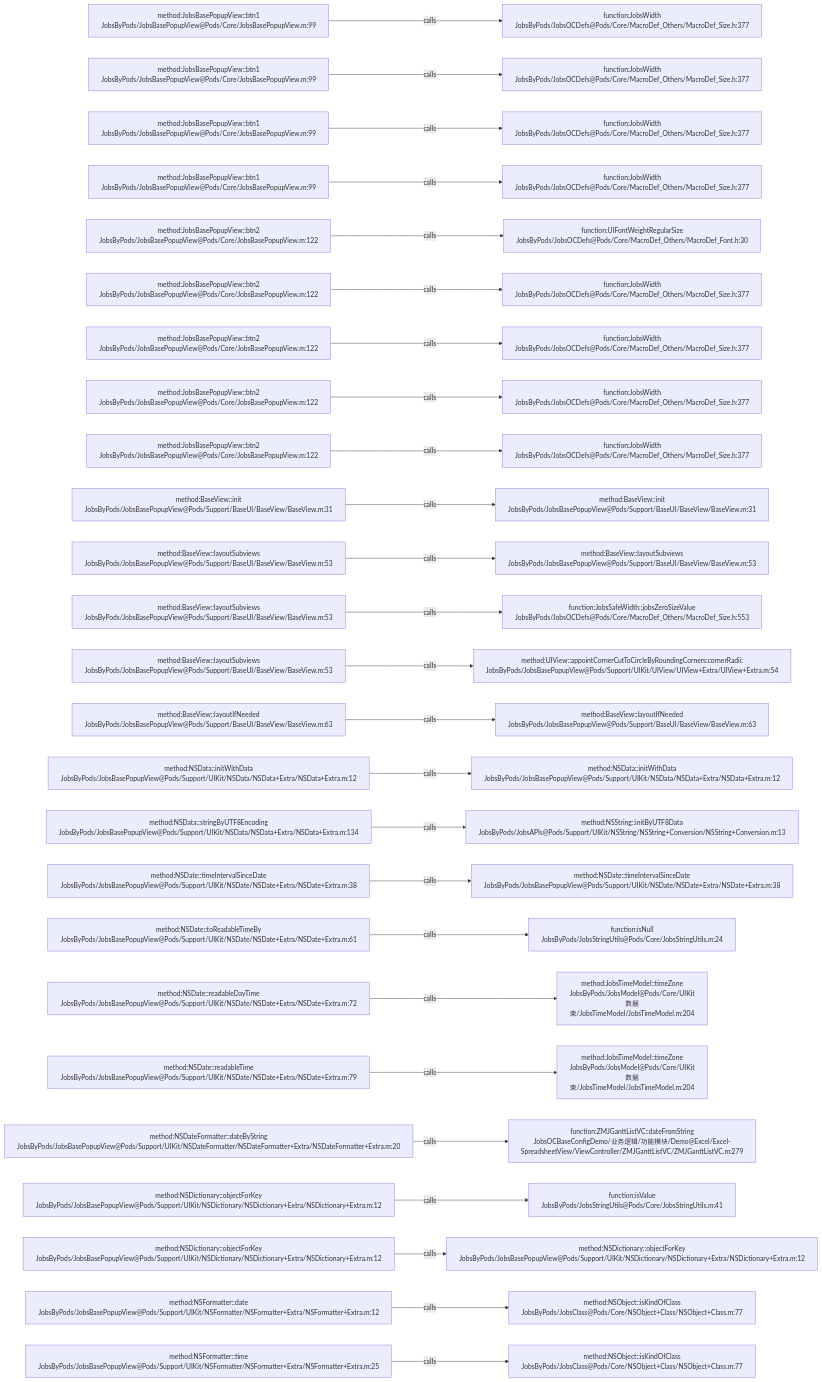
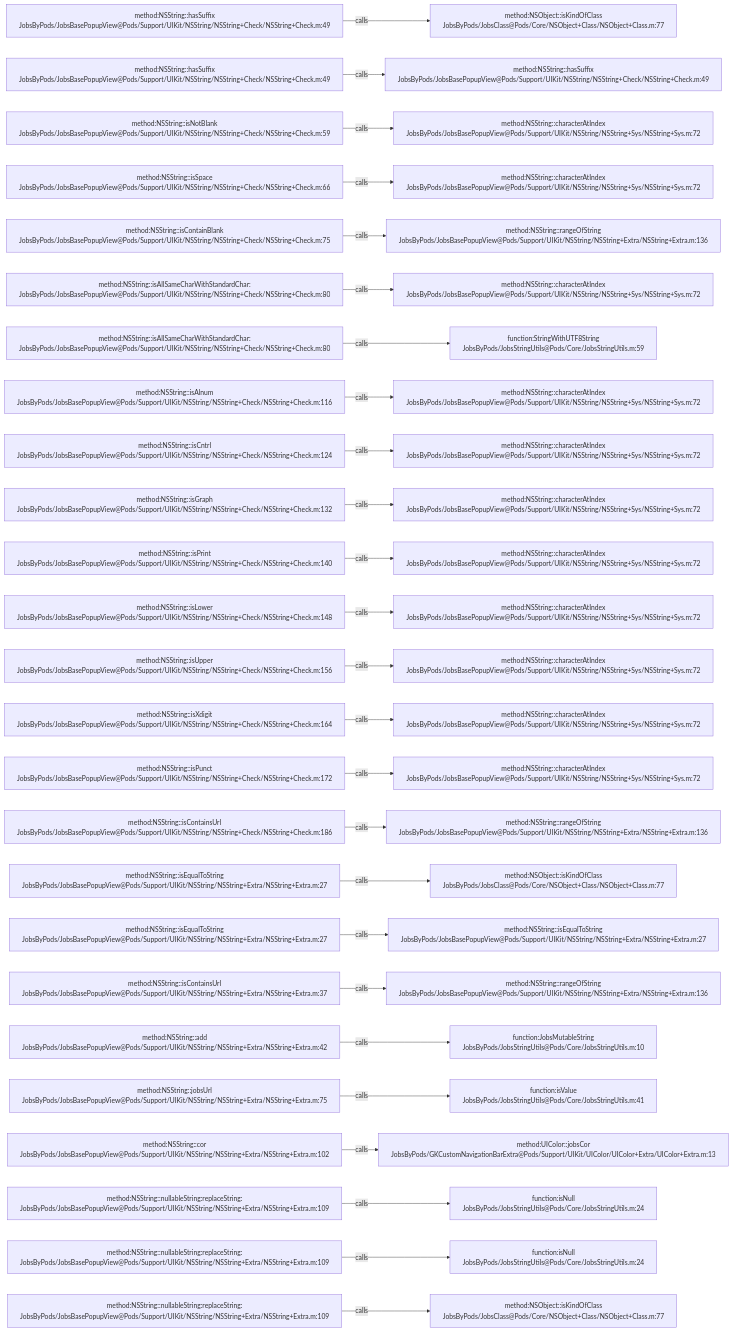
The diagram in .codegraph/codegraph.md/graphs/calls-020.md (JobsKits/JobsOCBaseConfigDemo), drawn with Mermaid before and after one commit. The commit also changed 1026 other files, not shown here.

````diff
--- a/.codegraph/codegraph.md/graphs/calls-020.md
+++ b/.codegraph/codegraph.md/graphs/calls-020.md
@@ -13,78 +13,78 @@
 ```mermaid
 flowchart LR
-  S1["method:JobsBasePopupView::btn1<br/>JobsByPods/JobsBasePopupView@Pods/Core/JobsBasePopupView.m:99"]
-  T1["function:JobsWidth<br/>JobsByPods/JobsOCDefs@Pods/Core/MacroDef_Others/MacroDef_Size.h:377"]
+  S1["method:NSString::hasSuffix<br/>JobsByPods/JobsBasePopupView@Pods/Support/UIKit/NSString/NSString+Check/NSString+Check.m:49"]
+  T1["method:NSObject::isKindOfClass<br/>JobsByPods/JobsClass@Pods/Core/NSObject+Class/NSObject+Class.m:77"]
   S1 -->|calls| T1
-  S2["method:JobsBasePopupView::btn1<br/>JobsByPods/JobsBasePopupView@Pods/Core/JobsBasePopupView.m:99"]
-  T2["function:JobsWidth<br/>JobsByPods/JobsOCDefs@Pods/Core/MacroDef_Others/MacroDef_Size.h:377"]
+  S2["method:NSString::hasSuffix<br/>JobsByPods/JobsBasePopupView@Pods/Support/UIKit/NSString/NSString+Check/NSString+Check.m:49"]
+  T2["method:NSString::hasSuffix<br/>JobsByPods/JobsBasePopupView@Pods/Support/UIKit/NSString/NSString+Check/NSString+Check.m:49"]
   S2 -->|calls| T2
-  S3["method:JobsBasePopupView::btn1<br/>JobsByPods/JobsBasePopupView@Pods/Core/JobsBasePopupView.m:99"]
-  T3["function:JobsWidth<br/>JobsByPods/JobsOCDefs@Pods/Core/MacroDef_Others/MacroDef_Size.h:377"]
+  S3["method:NSString::isNotBlank<br/>JobsByPods/JobsBasePopupView@Pods/Support/UIKit/NSString/NSString+Check/NSString+Check.m:59"]
+  T3["method:NSString::characterAtIndex<br/>JobsByPods/JobsBasePopupView@Pods/Support/UIKit/NSString/NSString+Sys/NSString+Sys.m:72"]
   S3 -->|calls| T3
-  S4["method:JobsBasePopupView::btn1<br/>JobsByPods/JobsBasePopupView@Pods/Core/JobsBasePopupView.m:99"]
-  T4["function:JobsWidth<br/>JobsByPods/JobsOCDefs@Pods/Core/MacroDef_Others/MacroDef_Size.h:377"]
+  S4["method:NSString::isSpace<br/>JobsByPods/JobsBasePopupView@Pods/Support/UIKit/NSString/NSString+Check/NSString+Check.m:66"]
+  T4["method:NSString::characterAtIndex<br/>JobsByPods/JobsBasePopupView@Pods/Support/UIKit/NSString/NSString+Sys/NSString+Sys.m:72"]
   S4 -->|calls| T4
-  S5["method:JobsBasePopupView::btn2<br/>JobsByPods/JobsBasePopupView@Pods/Core/JobsBasePopupView.m:122"]
-  T5["function:UIFontWeightRegularSize<br/>JobsByPods/JobsOCDefs@Pods/Core/MacroDef_Others/MacroDef_Font.h:30"]
+  S5["method:NSString::isContainBlank<br/>JobsByPods/JobsBasePopupView@Pods/Support/UIKit/NSString/NSString+Check/NSString+Check.m:75"]
+  T5["method:NSString::rangeOfString<br/>JobsByPods/JobsBasePopupView@Pods/Support/UIKit/NSString/NSString+Extra/NSString+Extra.m:136"]
   S5 -->|calls| T5
-  S6["method:JobsBasePopupView::btn2<br/>JobsByPods/JobsBasePopupView@Pods/Core/JobsBasePopupView.m:122"]
-  T6["function:JobsWidth<br/>JobsByPods/JobsOCDefs@Pods/Core/MacroDef_Others/MacroDef_Size.h:377"]
+  S6["method:NSString::isAllSameCharWithStandardChar:<br/>JobsByPods/JobsBasePopupView@Pods/Support/UIKit/NSString/NSString+Check/NSString+Check.m:80"]
+  T6["method:NSString::characterAtIndex<br/>JobsByPods/JobsBasePopupView@Pods/Support/UIKit/NSString/NSString+Sys/NSString+Sys.m:72"]
   S6 -->|calls| T6
-  S7["method:JobsBasePopupView::btn2<br/>JobsByPods/JobsBasePopupView@Pods/Core/JobsBasePopupView.m:122"]
-  T7["function:JobsWidth<br/>JobsByPods/JobsOCDefs@Pods/Core/MacroDef_Others/MacroDef_Size.h:377"]
+  S7["method:NSString::isAllSameCharWithStandardChar:<br/>JobsByPods/JobsBasePopupView@Pods/Support/UIKit/NSString/NSString+Check/NSString+Check.m:80"]
+  T7["function:StringWithUTF8String<br/>JobsByPods/JobsStringUtils@Pods/Core/JobsStringUtils.m:59"]
   S7 -->|calls| T7
-  S8["method:JobsBasePopupView::btn2<br/>JobsByPods/JobsBasePopupView@Pods/Core/JobsBasePopupView.m:122"]
-  T8["function:JobsWidth<br/>JobsByPods/JobsOCDefs@Pods/Core/MacroDef_Others/MacroDef_Size.h:377"]
+  S8["method:NSString::isAlnum<br/>JobsByPods/JobsBasePopupView@Pods/Support/UIKit/NSString/NSString+Check/NSString+Check.m:116"]
+  T8["method:NSString::characterAtIndex<br/>JobsByPods/JobsBasePopupView@Pods/Support/UIKit/NSString/NSString+Sys/NSString+Sys.m:72"]
   S8 -->|calls| T8
-  S9["method:JobsBasePopupView::btn2<br/>JobsByPods/JobsBasePopupView@Pods/Core/JobsBasePopupView.m:122"]
-  T9["function:JobsWidth<br/>JobsByPods/JobsOCDefs@Pods/Core/MacroDef_Others/MacroDef_Size.h:377"]
+  S9["method:NSString::isCntrl<br/>JobsByPods/JobsBasePopupView@Pods/Support/UIKit/NSString/NSString+Check/NSString+Check.m:124"]
+  T9["method:NSString::characterAtIndex<br/>JobsByPods/JobsBasePopupView@Pods/Support/UIKit/NSString/NSString+Sys/NSString+Sys.m:72"]
   S9 -->|calls| T9
-  S10["method:BaseView::init<br/>JobsByPods/JobsBasePopupView@Pods/Support/BaseUI/BaseView/BaseView.m:31"]
-  T10["method:BaseView::init<br/>JobsByPods/JobsBasePopupView@Pods/Support/BaseUI/BaseView/BaseView.m:31"]
+  S10["method:NSString::isGraph<br/>JobsByPods/JobsBasePopupView@Pods/Support/UIKit/NSString/NSString+Check/NSString+Check.m:132"]
+  T10["method:NSString::characterAtIndex<br/>JobsByPods/JobsBasePopupView@Pods/Support/UIKit/NSString/NSString+Sys/NSString+Sys.m:72"]
   S10 -->|calls| T10
-  S11["method:BaseView::layoutSubviews<br/>JobsByPods/JobsBasePopupView@Pods/Support/BaseUI/BaseView/BaseView.m:53"]
-  T11["method:BaseView::layoutSubviews<br/>JobsByPods/JobsBasePopupView@Pods/Support/BaseUI/BaseView/BaseView.m:53"]
+  S11["method:NSString::isPrint<br/>JobsByPods/JobsBasePopupView@Pods/Support/UIKit/NSString/NSString+Check/NSString+Check.m:140"]
+  T11["method:NSString::characterAtIndex<br/>JobsByPods/JobsBasePopupView@Pods/Support/UIKit/NSString/NSString+Sys/NSString+Sys.m:72"]
   S11 -->|calls| T11
-  S12["method:BaseView::layoutSubviews<br/>JobsByPods/JobsBasePopupView@Pods/Support/BaseUI/BaseView/BaseView.m:53"]
-  T12["function:JobsSafeWidth::jobsZeroSizeValue<br/>JobsByPods/JobsOCDefs@Pods/Core/MacroDef_Others/MacroDef_Size.h:553"]
+  S12["method:NSString::isLower<br/>JobsByPods/JobsBasePopupView@Pods/Support/UIKit/NSString/NSString+Check/NSString+Check.m:148"]
+  T12["method:NSString::characterAtIndex<br/>JobsByPods/JobsBasePopupView@Pods/Support/UIKit/NSString/NSString+Sys/NSString+Sys.m:72"]
   S12 -->|calls| T12
-  S13["method:BaseView::layoutSubviews<br/>JobsByPods/JobsBasePopupView@Pods/Support/BaseUI/BaseView/BaseView.m:53"]
-  T13["method:UIView::appointCornerCutToCircleByRoundingCorners:cornerRadii:<br/>JobsByPods/JobsBasePopupView@Pods/Support/UIKit/UIView/UIView+Extra/UIView+Extra.m:54"]
+  S13["method:NSString::isUpper<br/>JobsByPods/JobsBasePopupView@Pods/Support/UIKit/NSString/NSString+Check/NSString+Check.m:156"]
+  T13["method:NSString::characterAtIndex<br/>JobsByPods/JobsBasePopupView@Pods/Support/UIKit/NSString/NSString+Sys/NSString+Sys.m:72"]
   S13 -->|calls| T13
-  S14["method:BaseView::layoutIfNeeded<br/>JobsByPods/JobsBasePopupView@Pods/Support/BaseUI/BaseView/BaseView.m:63"]
-  T14["method:BaseView::layoutIfNeeded<br/>JobsByPods/JobsBasePopupView@Pods/Support/BaseUI/BaseView/BaseView.m:63"]
+  S14["method:NSString::isXdigit<br/>JobsByPods/JobsBasePopupView@Pods/Support/UIKit/NSString/NSString+Check/NSString+Check.m:164"]
+  T14["method:NSString::characterAtIndex<br/>JobsByPods/JobsBasePopupView@Pods/Support/UIKit/NSString/NSString+Sys/NSString+Sys.m:72"]
   S14 -->|calls| T14
-  S15["method:NSData::initWithData<br/>JobsByPods/JobsBasePopupView@Pods/Support/UIKit/NSData/NSData+Extra/NSData+Extra.m:12"]
-  T15["method:NSData::initWithData<br/>JobsByPods/JobsBasePopupView@Pods/Support/UIKit/NSData/NSData+Extra/NSData+Extra.m:12"]
+  S15["method:NSString::isPunct<br/>JobsByPods/JobsBasePopupView@Pods/Support/UIKit/NSString/NSString+Check/NSString+Check.m:172"]
+  T15["method:NSString::characterAtIndex<br/>JobsByPods/JobsBasePopupView@Pods/Support/UIKit/NSString/NSString+Sys/NSString+Sys.m:72"]
   S15 -->|calls| T15
-  S16["method:NSData::stringByUTF8Encoding<br/>JobsByPods/JobsBasePopupView@Pods/Support/UIKit/NSData/NSData+Extra/NSData+Extra.m:134"]
-  T16["method:NSString::initByUTF8Data<br/>JobsByPods/JobsAPIs@Pods/Support/UIKit/NSString/NSString+Conversion/NSString+Conversion.m:13"]
+  S16["method:NSString::isContainsUrl<br/>JobsByPods/JobsBasePopupView@Pods/Support/UIKit/NSString/NSString+Check/NSString+Check.m:186"]
+  T16["method:NSString::rangeOfString<br/>JobsByPods/JobsBasePopupView@Pods/Support/UIKit/NSString/NSString+Extra/NSString+Extra.m:136"]
   S16 -->|calls| T16
-  S17["method:NSDate::timeIntervalSinceDate<br/>JobsByPods/JobsBasePopupView@Pods/Support/UIKit/NSDate/NSDate+Extra/NSDate+Extra.m:38"]
-  T17["method:NSDate::timeIntervalSinceDate<br/>JobsByPods/JobsBasePopupView@Pods/Support/UIKit/NSDate/NSDate+Extra/NSDate+Extra.m:38"]
+  S17["method:NSString::isEqualToString<br/>JobsByPods/JobsBasePopupView@Pods/Support/UIKit/NSString/NSString+Extra/NSString+Extra.m:27"]
+  T17["method:NSObject::isKindOfClass<br/>JobsByPods/JobsClass@Pods/Core/NSObject+Class/NSObject+Class.m:77"]
   S17 -->|calls| T17
-  S18["method:NSDate::toReadableTimeBy<br/>JobsByPods/JobsBasePopupView@Pods/Support/UIKit/NSDate/NSDate+Extra/NSDate+Extra.m:61"]
-  T18["function:isNull<br/>JobsByPods/JobsStringUtils@Pods/Core/JobsStringUtils.m:24"]
+  S18["method:NSString::isEqualToString<br/>JobsByPods/JobsBasePopupView@Pods/Support/UIKit/NSString/NSString+Extra/NSString+Extra.m:27"]
+  T18["method:NSString::isEqualToString<br/>JobsByPods/JobsBasePopupView@Pods/Support/UIKit/NSString/NSString+Extra/NSString+Extra.m:27"]
   S18 -->|calls| T18
-  S19["method:NSDate::readableDayTime<br/>JobsByPods/JobsBasePopupView@Pods/Support/UIKit/NSDate/NSDate+Extra/NSDate+Extra.m:72"]
-  T19["method:JobsTimeModel::timeZone<br/>JobsByPods/JobsModel@Pods/Core/UIKit数据束/JobsTimeModel/JobsTimeModel.m:204"]
+  S19["method:NSString::isContainsUrl<br/>JobsByPods/JobsBasePopupView@Pods/Support/UIKit/NSString/NSString+Extra/NSString+Extra.m:37"]
+  T19["method:NSString::rangeOfString<br/>JobsByPods/JobsBasePopupView@Pods/Support/UIKit/NSString/NSString+Extra/NSString+Extra.m:136"]
   S19 -->|calls| T19
-  S20["method:NSDate::readableTime<br/>JobsByPods/JobsBasePopupView@Pods/Support/UIKit/NSDate/NSDate+Extra/NSDate+Extra.m:79"]
-  T20["method:JobsTimeModel::timeZone<br/>JobsByPods/JobsModel@Pods/Core/UIKit数据束/JobsTimeModel/JobsTimeModel.m:204"]
+  S20["method:NSString::add<br/>JobsByPods/JobsBasePopupView@Pods/Support/UIKit/NSString/NSString+Extra/NSString+Extra.m:42"]
+  T20["function:JobsMutableString<br/>JobsByPods/JobsStringUtils@Pods/Core/JobsStringUtils.m:10"]
   S20 -->|calls| T20
-  S21["method:NSDateFormatter::dateByString<br/>JobsByPods/JobsBasePopupView@Pods/Support/UIKit/NSDateFormatter/NSDateFormatter+Extra/NSDateFormatter+Extra.m:20"]
-  T21["function:ZMJGanttListVC::dateFromString<br/>JobsOCBaseConfigDemo/业务逻辑/功能模块/Demo@Excel/Excel-SpreadsheetView/ViewController/ZMJGanttListVC/ZMJGanttListVC.m:279"]
+  S21["method:NSString::jobsUrl<br/>JobsByPods/JobsBasePopupView@Pods/Support/UIKit/NSString/NSString+Extra/NSString+Extra.m:75"]
+  T21["function:isValue<br/>JobsByPods/JobsStringUtils@Pods/Core/JobsStringUtils.m:41"]
   S21 -->|calls| T21
-  S22["method:NSDictionary::objectForKey<br/>JobsByPods/JobsBasePopupView@Pods/Support/UIKit/NSDictionary/NSDictionary+Extra/NSDictionary+Extra.m:12"]
-  T22["function:isValue<br/>JobsByPods/JobsStringUtils@Pods/Core/JobsStringUtils.m:41"]
+  S22["method:NSString::cor<br/>JobsByPods/JobsBasePopupView@Pods/Support/UIKit/NSString/NSString+Extra/NSString+Extra.m:102"]
+  T22["method:UIColor::jobsCor<br/>JobsByPods/GKCustomNavigationBarExtra@Pods/Support/UIKit/UIColor/UIColor+Extra/UIColor+Extra.m:13"]
   S22 -->|calls| T22
-  S23["method:NSDictionary::objectForKey<br/>JobsByPods/JobsBasePopupView@Pods/Support/UIKit/NSDictionary/NSDictionary+Extra/NSDictionary+Extra.m:12"]
-  T23["method:NSDictionary::objectForKey<br/>JobsByPods/JobsBasePopupView@Pods/Support/UIKit/NSDictionary/NSDictionary+Extra/NSDictionary+Extra.m:12"]
+  S23["method:NSString::nullableString:replaceString:<br/>JobsByPods/JobsBasePopupView@Pods/Support/UIKit/NSString/NSString+Extra/NSString+Extra.m:109"]
+  T23["function:isNull<br/>JobsByPods/JobsStringUtils@Pods/Core/JobsStringUtils.m:24"]
   S23 -->|calls| T23
-  S24["method:NSFormatter::date<br/>JobsByPods/JobsBasePopupView@Pods/Support/UIKit/NSFormatter/NSFormatter+Extra/NSFormatter+Extra.m:12"]
-  T24["method:NSObject::isKindOfClass<br/>JobsByPods/JobsClass@Pods/Core/NSObject+Class/NSObject+Class.m:77"]
+  S24["method:NSString::nullableString:replaceString:<br/>JobsByPods/JobsBasePopupView@Pods/Support/UIKit/NSString/NSString+Extra/NSString+Extra.m:109"]
+  T24["function:isNull<br/>JobsByPods/JobsStringUtils@Pods/Core/JobsStringUtils.m:24"]
   S24 -->|calls| T24
-  S25["method:NSFormatter::time<br/>JobsByPods/JobsBasePopupView@Pods/Support/UIKit/NSFormatter/NSFormatter+Extra/NSFormatter+Extra.m:25"]
+  S25["method:NSString::nullableString:replaceString:<br/>JobsByPods/JobsBasePopupView@Pods/Support/UIKit/NSString/NSString+Extra/NSString+Extra.m:109"]
   T25["method:NSObject::isKindOfClass<br/>JobsByPods/JobsClass@Pods/Core/NSObject+Class/NSObject+Class.m:77"]
   S25 -->|calls| T25
 ```
````
